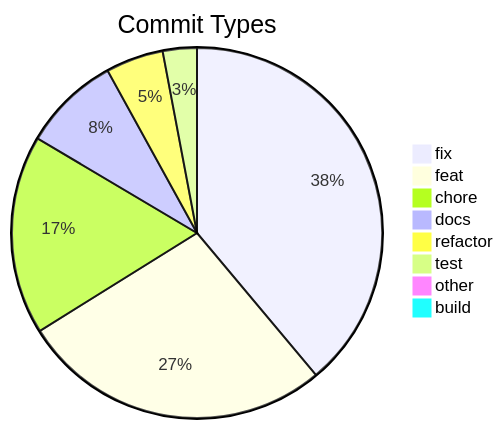
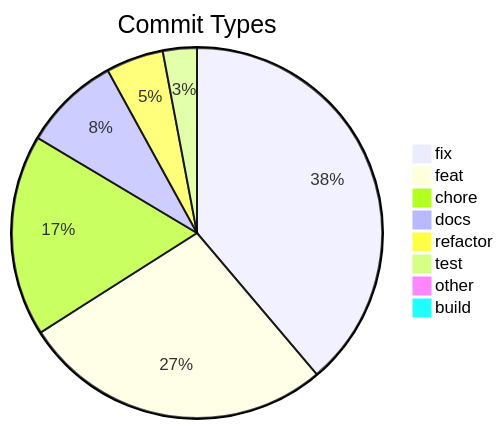
One commit to svenroth-ai/shipwright-webui changed the diagram in .shipwright/compliance/change-history.md. Above: the diagram before and after it, drawn with Mermaid. The commit also changed other lines of this file and 15 other files, not shown here.

````diff
--- a/.shipwright/compliance/change-history.md
+++ b/.shipwright/compliance/change-history.md
@@ -8,11 +8,11 @@
 ```mermaid
 pie title Commit Types
     "fix" : 170
     "feat" : 119
-    "chore" : 76
+    "chore" : 77
     "docs" : 37
     "refactor" : 22
     "test" : 13
     "other" : 4
     "build" : 1
 ```
````
